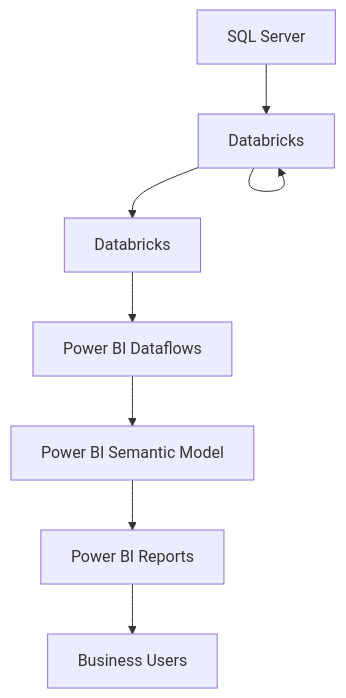
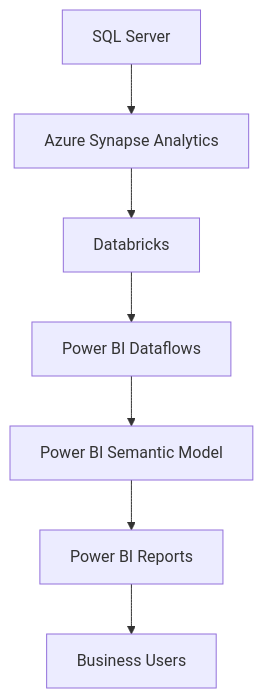
The diagram in Enterprise/Sales Analytics Platform/README.md (thienclaa/congenial-octo-projects), drawn with Mermaid before and after one commit.

````diff
--- a/Enterprise/Sales Analytics Platform/README.md
+++ b/Enterprise/Sales Analytics Platform/README.md
@@ -41,9 +41,9 @@
 ```mermaid
 flowchart TD
-    A[SQL Server] --> B[Azure Synapse Analytics] --> B[Databricks]
+    A[SQL Server] --> B[Azure Synapse Analytics]
     B --> C[Databricks]
     C --> D[Power BI Dataflows]
     D --> E[Power BI Semantic Model]
     E --> F[Power BI Reports]
     F --> G[Business Users]
 ```
````
